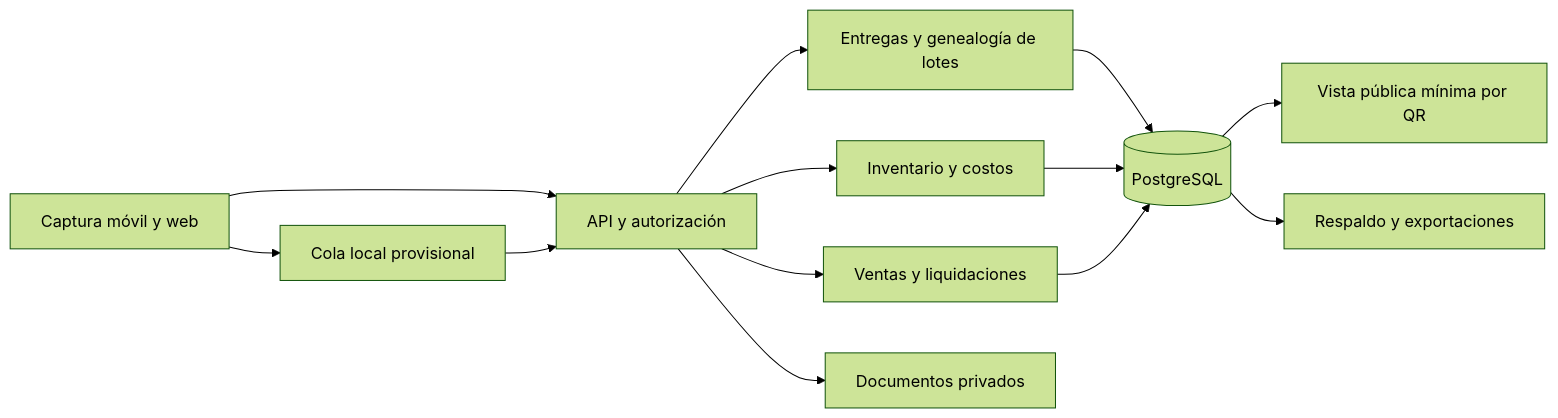
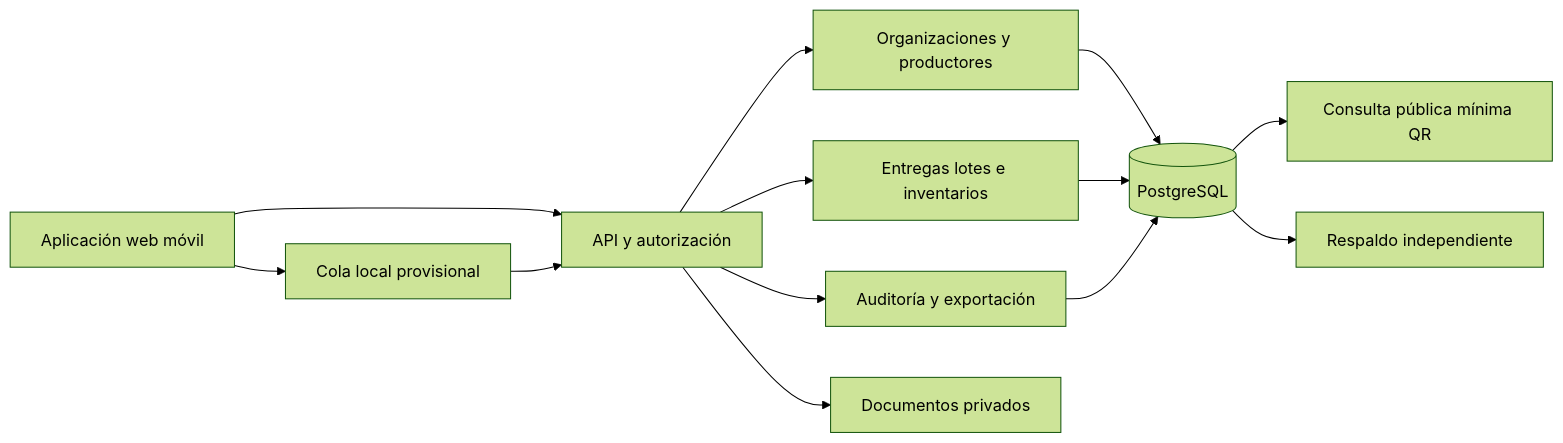
One commit to KHMaxDev/CooperaLote changed the diagram in docs/arquitectura.md. Above: the diagram before and after it, drawn with Mermaid (forest theme). The commit also changed other lines of this file and 15 other files, not shown here.

````diff
--- a/docs/arquitectura.md
+++ b/docs/arquitectura.md
@@ -19,15 +11,15 @@
 ```mermaid
 flowchart LR
-  A[Captura móvil y web] --> B[API y autorización]
+  A[Aplicación web móvil] --> B[API y autorización]
   A --> C[Cola local provisional]
   C --> B
-  B --> D[Entregas y genealogía de lotes]
-  B --> E[Inventario y costos]
-  B --> F[Ventas y liquidaciones]
+  B --> D[Organizaciones y productores]
+  B --> E[Entregas lotes e inventarios]
+  B --> F[Auditoría y exportación]
   D --> G[(PostgreSQL)]
   E --> G
   F --> G
   B --> H[Documentos privados]
-  G --> I[Vista pública mínima por QR]
-  G --> J[Respaldo y exportaciones]
+  G --> I[Consulta pública mínima QR]
+  G --> J[Respaldo independiente]
 ```
````
